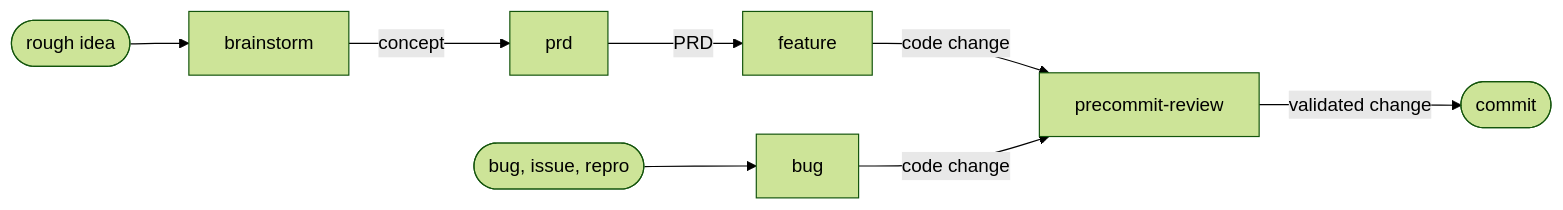
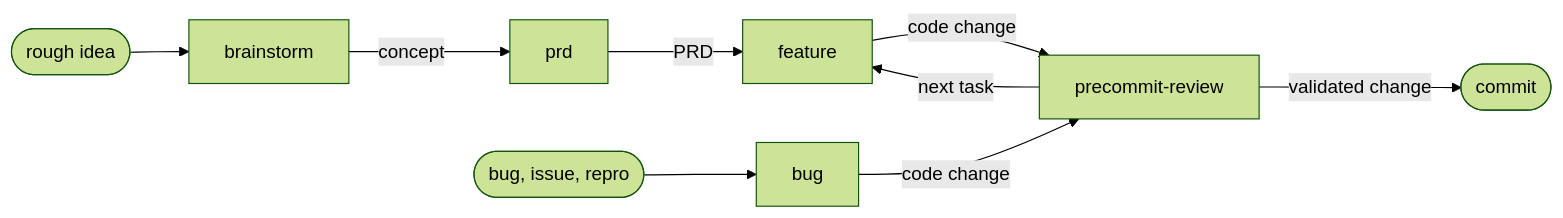
One commit to OmniPragmatic/claudeflows changed the first of 8 diagrams in README.md. Above: the diagram before and after it, drawn with Mermaid (forest theme). The commit also changed other lines of this file and 3 other files, not shown here.

````diff
--- a/README.md
+++ b/README.md
@@ -57,10 +57,11 @@
 ```mermaid
 flowchart LR
     R(["rough idea"]) --> A["brainstorm"]
     A -- concept --> B["prd"]
     B -- PRD --> C["feature"]
     BG(["bug, issue, repro"]) --> D["bug"]
     C -- code change --> E["precommit-review"]
     D -- code change --> E
     E -- validated change --> F(["commit"])
+    E -- next task --> C
 ```
````
